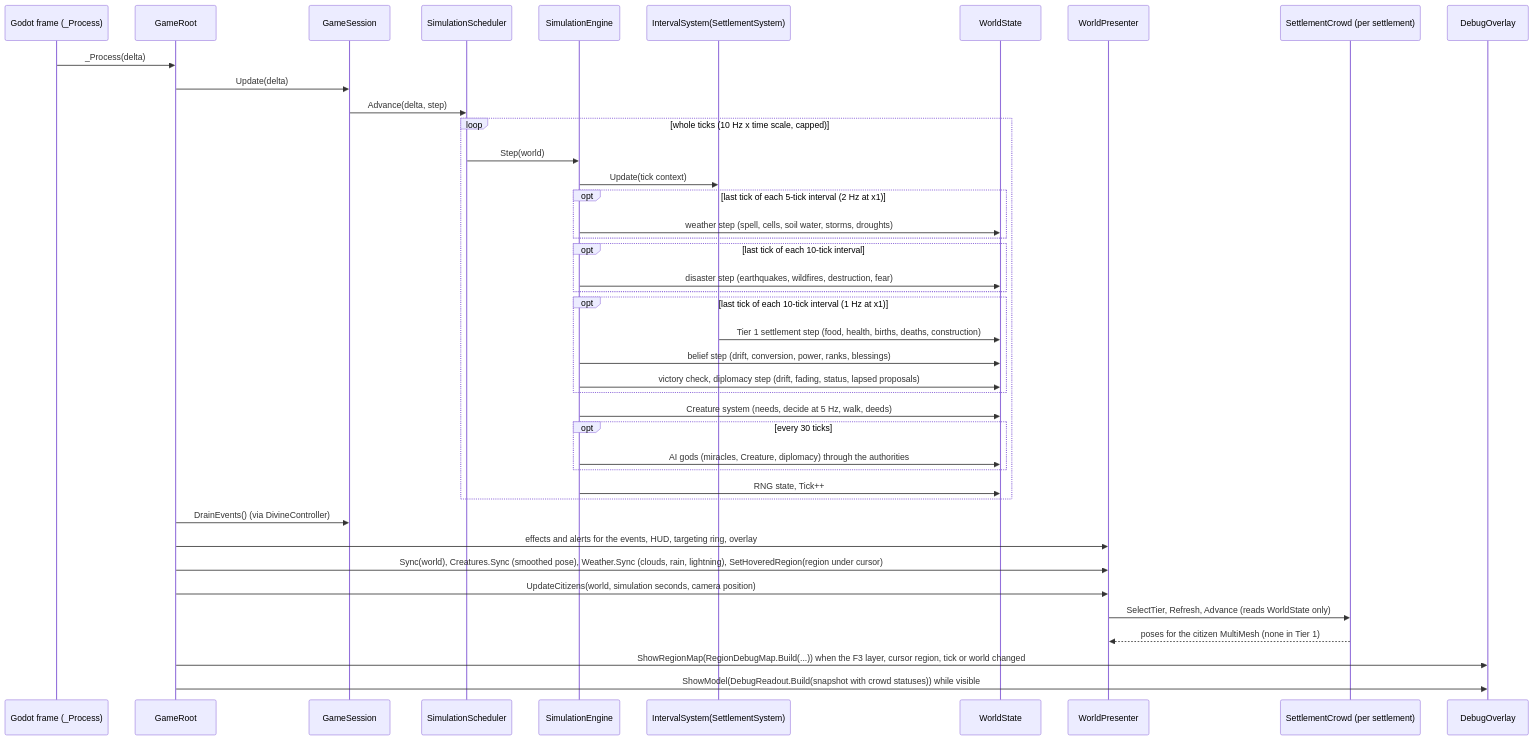
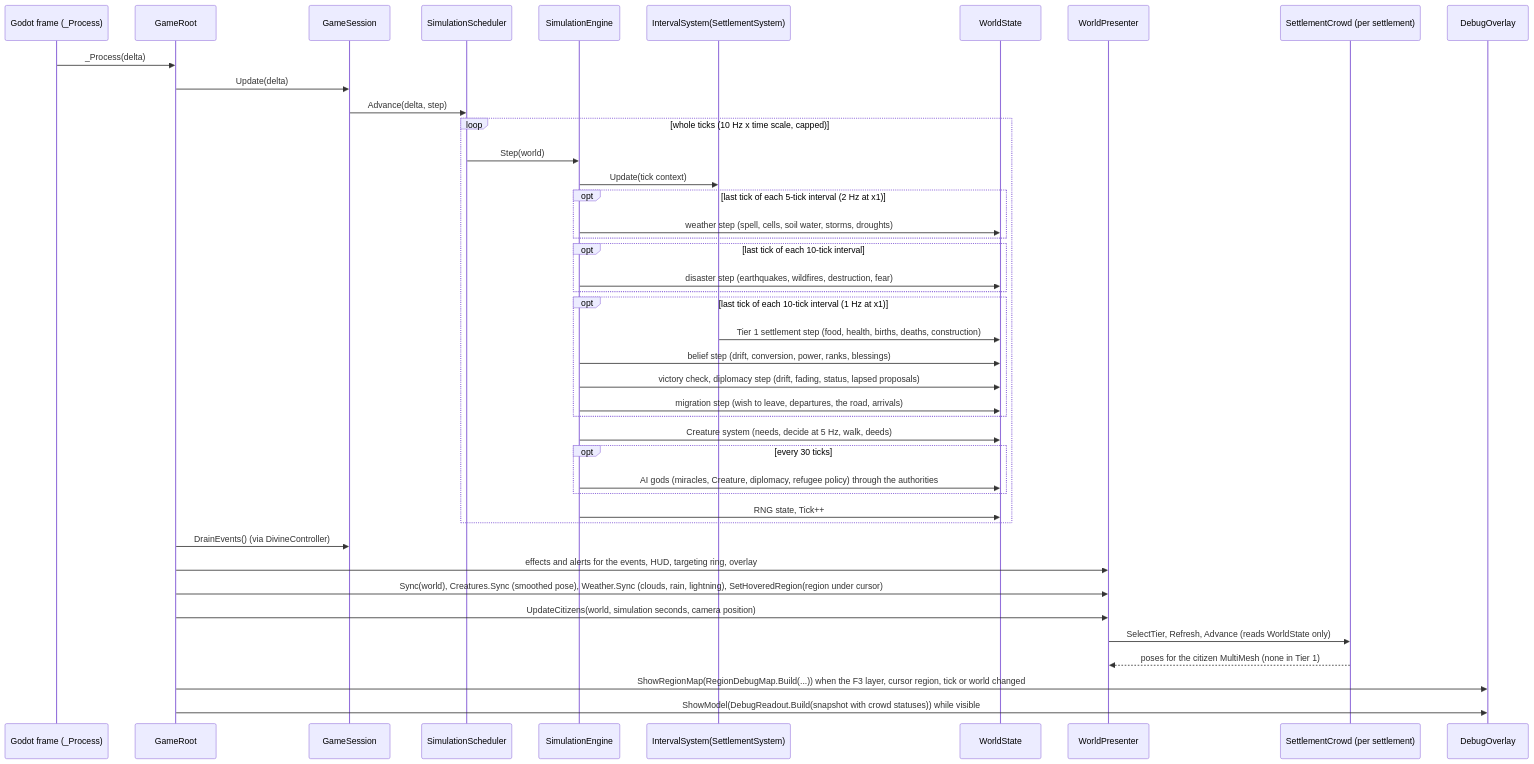
The second of 14 diagrams in docs/ARCHITECTURE.md (roeyazroel/pantheon), drawn with Mermaid before and after one commit. The commit also changed other lines of this file and 94 other files, not shown here.

````diff
--- a/docs/ARCHITECTURE.md
+++ b/docs/ARCHITECTURE.md
@@ -394,45 +410,46 @@
 ```mermaid
 sequenceDiagram
     participant Godot as Godot frame (_Process)
     participant Root as GameRoot
     participant Session as GameSession
     participant Sched as SimulationScheduler
     participant Engine as SimulationEngine
     participant Settle as IntervalSystem(SettlementSystem)
     participant State as WorldState
     participant View as WorldPresenter
     participant Crowd as SettlementCrowd (per settlement)
     participant Overlay as DebugOverlay
 
     Godot->>Root: _Process(delta)
     Root->>Session: Update(delta)
     Session->>Sched: Advance(delta, step)
     loop whole ticks (10 Hz x time scale, capped)
         Sched->>Engine: Step(world)
         Engine->>Settle: Update(tick context)
         opt last tick of each 5-tick interval (2 Hz at x1)
             Engine->>State: weather step (spell, cells, soil water, storms, droughts)
         end
         opt last tick of each 10-tick interval
             Engine->>State: disaster step (earthquakes, wildfires, destruction, fear)
         end
         opt last tick of each 10-tick interval (1 Hz at x1)
             Settle->>State: Tier 1 settlement step (food, health, births, deaths, construction)
             Engine->>State: belief step (drift, conversion, power, ranks, blessings)
             Engine->>State: victory check, diplomacy step (drift, fading, status, lapsed proposals)
+            Engine->>State: migration step (wish to leave, departures, the road, arrivals)
         end
         Engine->>State: Creature system (needs, decide at 5 Hz, walk, deeds)
         opt every 30 ticks
-            Engine->>State: AI gods (miracles, Creature, diplomacy) through the authorities
+            Engine->>State: AI gods (miracles, Creature, diplomacy, refugee policy) through the authorities
         end
         Engine->>State: RNG state, Tick++
     end
     Root->>Session: DrainEvents() (via DivineController)
     Root->>View: effects and alerts for the events, HUD, targeting ring, overlay
     Root->>View: Sync(world), Creatures.Sync (smoothed pose), Weather.Sync (clouds, rain, lightning), SetHoveredRegion(region under cursor)
     Root->>View: UpdateCitizens(world, simulation seconds, camera position)
     View->>Crowd: SelectTier, Refresh, Advance (reads WorldState only)
     Crowd-->>View: poses for the citizen MultiMesh (none in Tier 1)
     Root->>Overlay: ShowRegionMap(RegionDebugMap.Build(...)) when the F3 layer, cursor region, tick or world changed
     Root->>Overlay: ShowModel(DebugReadout.Build(snapshot with crowd statuses)) while visible
 ```
````
